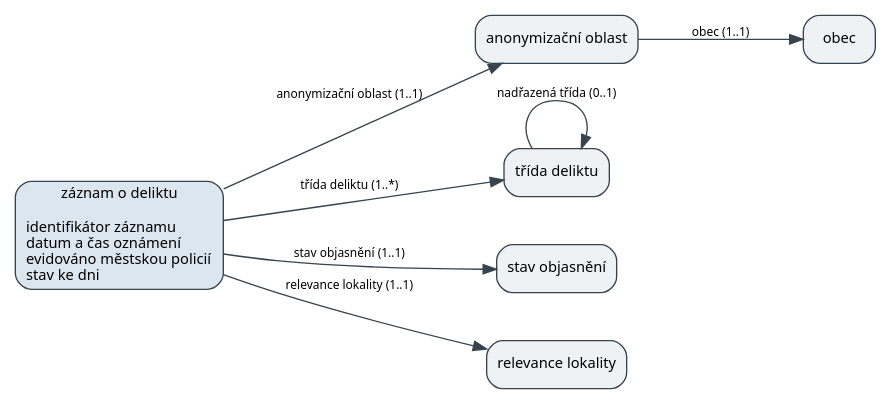
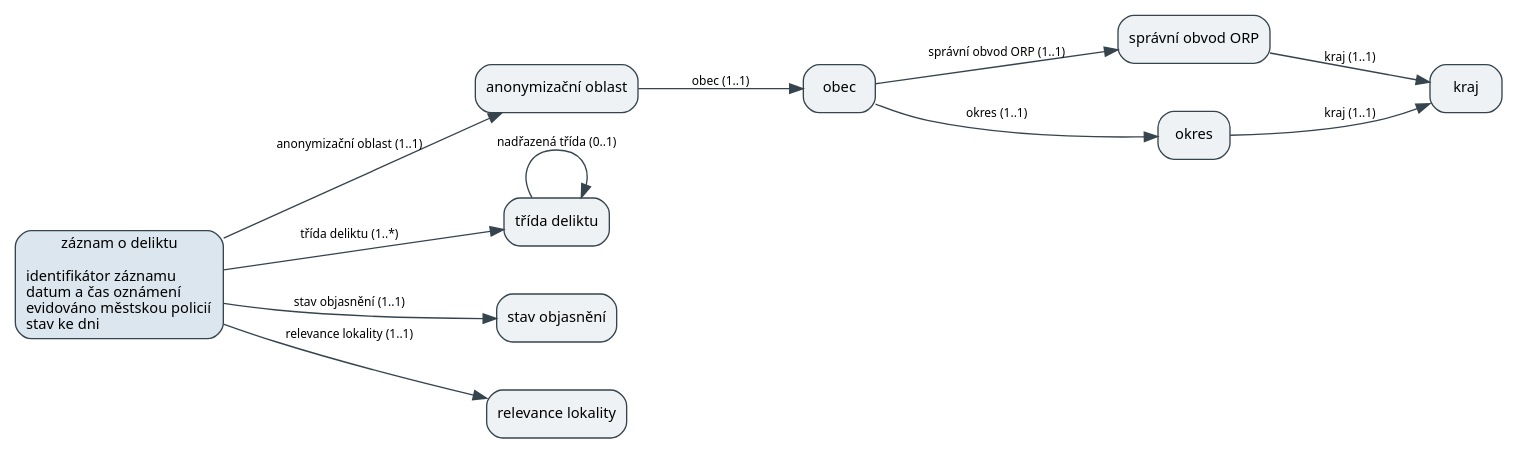
Before and after one commit to jlacko/onto-db-poc: the diagram in docs/img/concepts.dot, drawn with Graphviz. The commit also changed 16 other files, not shown here.

First line of the commit message:
Shapes for ORP area, okres and kraj

```diff
--- a/docs/img/concepts.dot
+++ b/docs/img/concepts.dot
@@ -1,17 +1,24 @@
 digraph concepts {
   graph [rankdir=LR, fontname="Noto Sans", nodesep=0.5, ranksep=1.1];
   node [shape=box, style="rounded,filled", fillcolor="#eef2f5", color="#36444e", fontname="Noto Sans", fontsize=11];
   edge [color="#36444e", fontname="Noto Sans", fontsize=9];
   offence_record [label="záznam o deliktu\n\nidentifikátor záznamu\ldatum a čas oznámení\levidováno městskou policií\lstav ke dni\l", fillcolor="#dbe6ee"];
   anonymisation_area [label="anonymizační oblast"];
   offence_type [label="třída deliktu"];
   clearance_state [label="stav objasnění"];
   location_relevance [label="relevance lokality"];
   municipality [label="obec"];
+  orp_area [label="správní obvod ORP"];
+  okres [label="okres"];
+  kraj [label="kraj"];
   offence_record -> anonymisation_area [label="anonymizační oblast (1..1)"];
   offence_record -> clearance_state [label="stav objasnění (1..1)"];
   offence_record -> location_relevance [label="relevance lokality (1..1)"];
   offence_record -> offence_type [label="třída deliktu (1..*)"];
   anonymisation_area -> municipality [label="obec (1..1)"];
   offence_type -> offence_type [label="nadřazená třída (0..1)"];
+  municipality -> orp_area [label="správní obvod ORP (1..1)"];
+  municipality -> okres [label="okres (1..1)"];
+  orp_area -> kraj [label="kraj (1..1)"];
+  okres -> kraj [label="kraj (1..1)"];
 }
```
